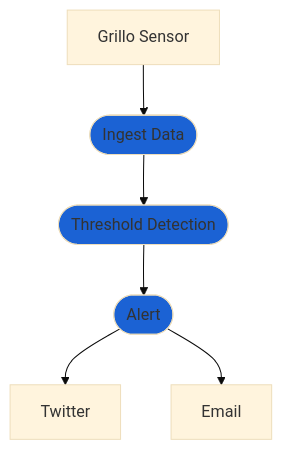
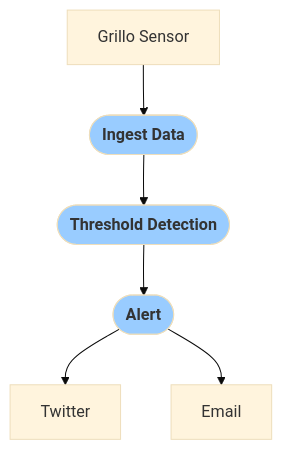
One commit to grillo/grillo-docs changed the diagram in docs/how-to/simple_structural_monotoring.md. Above: the diagram before and after it, drawn with Mermaid (base theme). The commit also changed 38 other files, not shown here.

````diff
--- a/docs/how-to/simple_structural_monotoring.md
+++ b/docs/how-to/simple_structural_monotoring.md
@@ -9,7 +9,7 @@
 ```mermaid
 flowchart TB
-   A[Grillo Sensor] --> C([Ingest Data]) --> D([Threshold Detection]) --> E([Alert]) --> F[Twitter] & G[Email]
-   style C fill:#1b62d4
-   style D fill:#1b62d4
-   style E fill:#1b62d4
+   A[Grillo Sensor] --> C([<font color=333333><b>Ingest Data</b>]) --> D([<font color=333333><b>Threshold Detection</b>]) --> E([<font color=333333><b>Alert</b>]) --> F[Twitter] & G[Email]
+   style C fill:#99CCFF
+   style D fill:#99CCFF
+   style E fill:#99CCFF
 ```
````
